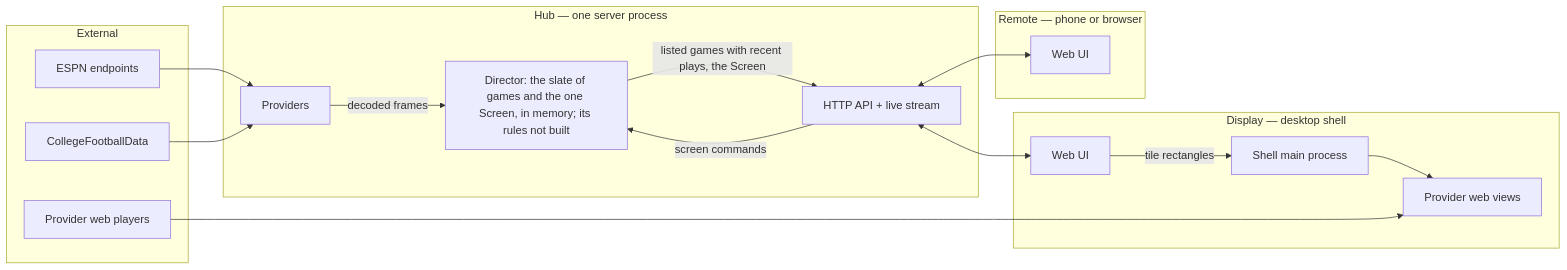
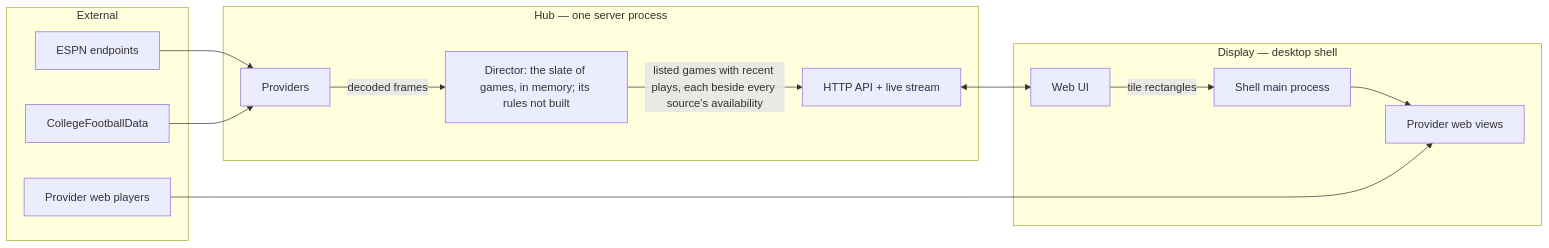
One commit to Chazzychouse/sportal changed the diagram in docs/technical-spec.md. Above: the diagram before and after it, drawn with Mermaid. The commit also changed other lines of this file and 7 other files, not shown here.

Commit message:
docs: ADR 0015, each Display owns its Screen; glossary and spec follow

````diff
--- a/docs/technical-spec.md
+++ b/docs/technical-spec.md
@@ -56,34 +56,28 @@
 ```mermaid
 flowchart LR
   subgraph ext[External]
     espn[ESPN endpoints]
     cfbd[CollegeFootballData]
     yttv[Provider web players]
   end
 
   subgraph hub[Hub — one server process]
     prov[Providers]
-    director[Director: the slate of games and the one Screen, in memory; its rules not built]
+    director[Director: the slate of games, in memory; its rules not built]
     api[HTTP API + live stream]
   end
 
   subgraph display[Display — desktop shell]
     ui1[Web UI]
     main[Shell main process]
     views[Provider web views]
   end
 
-  subgraph remote[Remote — phone or browser]
-    ui2[Web UI]
-  end
-
   espn --> prov
   cfbd --> prov
   prov -- decoded frames --> director
-  director -- listed games with recent plays, the Screen --> api
-  api -- screen commands --> director
+  director -- listed games with recent plays, each beside every source's availability --> api
   api <--> ui1
-  api <--> ui2
   ui1 -- tile rectangles --> main --> views
   yttv --> views
 ```
````
